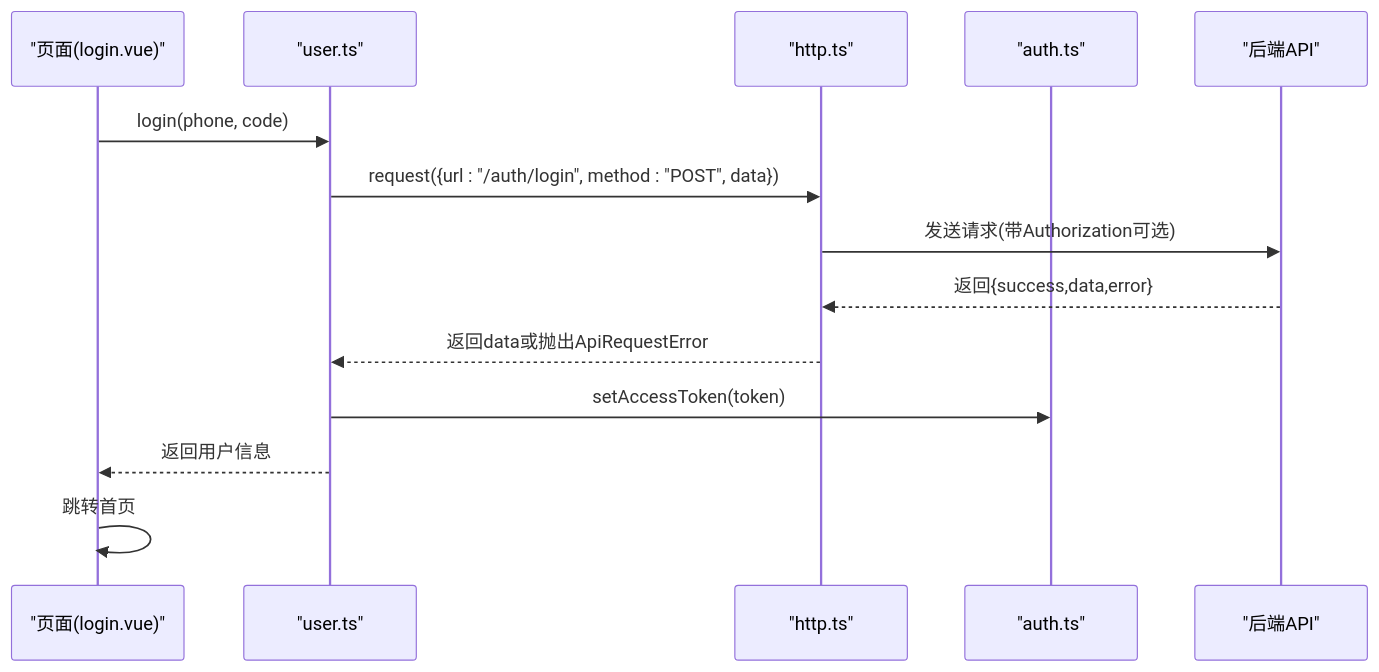
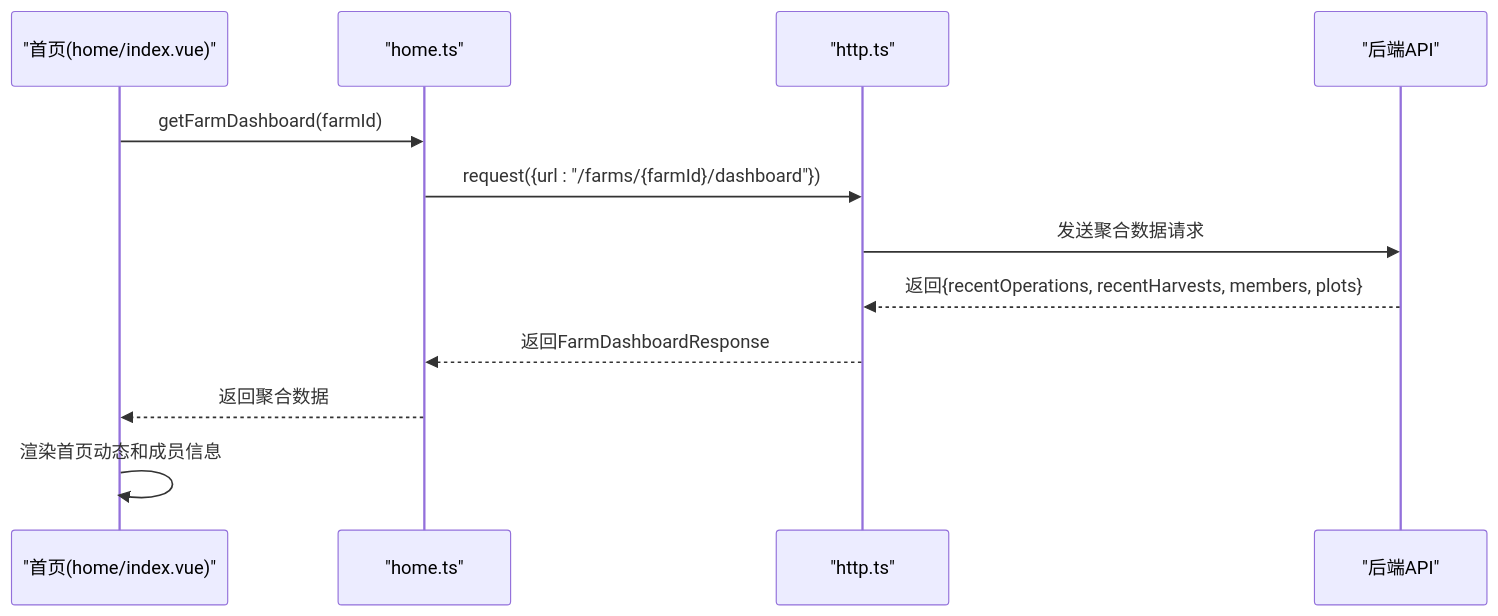
Before and after one commit to wungjyan/pocket-farm: the second of 6 diagrams in .qoder/repowiki/zh/content/前端应用/服务层封装.md, drawn with Mermaid. The commit also changed other lines of this file and 198 other files, not shown here.

````diff
--- a/.qoder/repowiki/zh/content/前端应用/服务层封装.md
+++ b/.qoder/repowiki/zh/content/前端应用/服务层封装.md
@@ -117,16 +120,14 @@
 ```mermaid
 sequenceDiagram
-participant Page as "页面(login.vue)"
-participant UserSvc as "user.ts"
+participant Page as "首页(home/index.vue)"
+participant HomeSvc as "home.ts"
 participant Http as "http.ts"
-participant Auth as "auth.ts"
 participant Server as "后端API"
-Page->>UserSvc : login(phone, code)
-UserSvc->>Http : request({url : "/auth/login", method : "POST", data})
-Http->>Server : 发送请求(带Authorization可选)
-Server-->>Http : 返回{success,data,error}
-Http-->>UserSvc : 返回data或抛出ApiRequestError
-UserSvc->>Auth : setAccessToken(token)
-UserSvc-->>Page : 返回用户信息
-Page->>Page : 跳转首页
+Page->>HomeSvc : getFarmDashboard(farmId)
+HomeSvc->>Http : request({url : "/farms/{farmId}/dashboard"})
+Http->>Server : 发送聚合数据请求
+Server-->>Http : 返回{recentOperations, recentHarvests, members, plots}
+Http-->>HomeSvc : 返回FarmDashboardResponse
+HomeSvc-->>Page : 返回聚合数据
+Page->>Page : 渲染首页动态和成员信息
 ```
````
